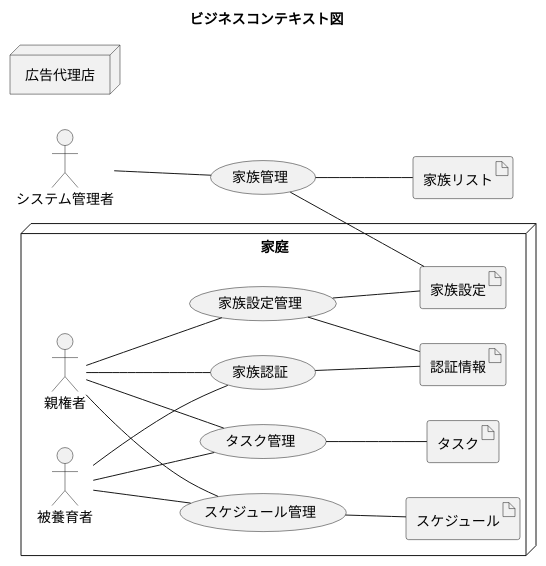
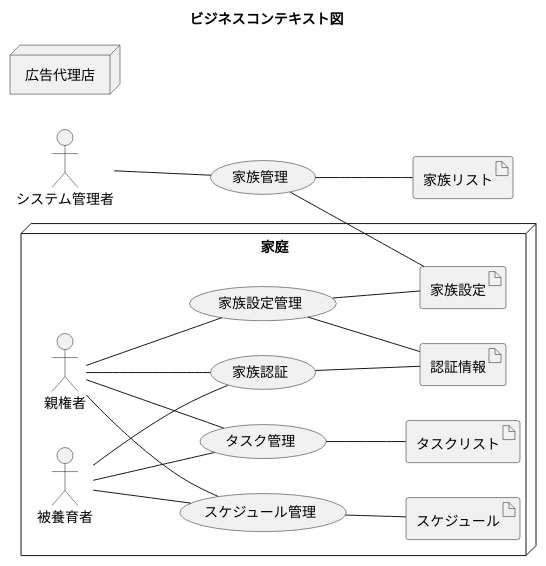
One commit to kusa-mochi/family-dashboard changed the diagram in docs/RDRA2s/business-context-diagram.puml. Above: the diagram before and after it, drawn with PlantUML.

Commit message:
rename the item.

```diff
--- a/docs/RDRA2s/business-context-diagram.puml
+++ b/docs/RDRA2s/business-context-diagram.puml
@@ -1,43 +1,43 @@
 @startuml business-context-diagram
 
 title ビジネスコンテキスト図
 left to right direction
 
 node 家庭 {
     actor 親権者
     actor 被養育者
     usecase 家族認証
     usecase 家族設定管理
     usecase スケジュール管理
     usecase タスク管理
     artifact 認証情報
     artifact 家族設定
     artifact スケジュール
-    artifact タスク
+    artifact タスクリスト
 
     親権者 -- 家族認証
     親権者 -- 家族設定管理
     親権者 -- スケジュール管理
     親権者 -- タスク管理
     被養育者 -- 家族認証
     被養育者 -- スケジュール管理
     被養育者 -- タスク管理
 
     家族認証 -- 認証情報
     家族設定管理 -- 家族設定
     家族設定管理 -- 認証情報
     スケジュール管理 -- スケジュール
-    タスク管理 -- タスク
+    タスク管理 -- タスクリスト
 }
 
 actor システム管理者
 usecase 家族管理
 artifact 家族リスト
 
 システム管理者 -- 家族管理
 家族管理 -- 家族リスト
 家族管理 -- 家族設定
 
 node 広告代理店
 
 @enduml
```
